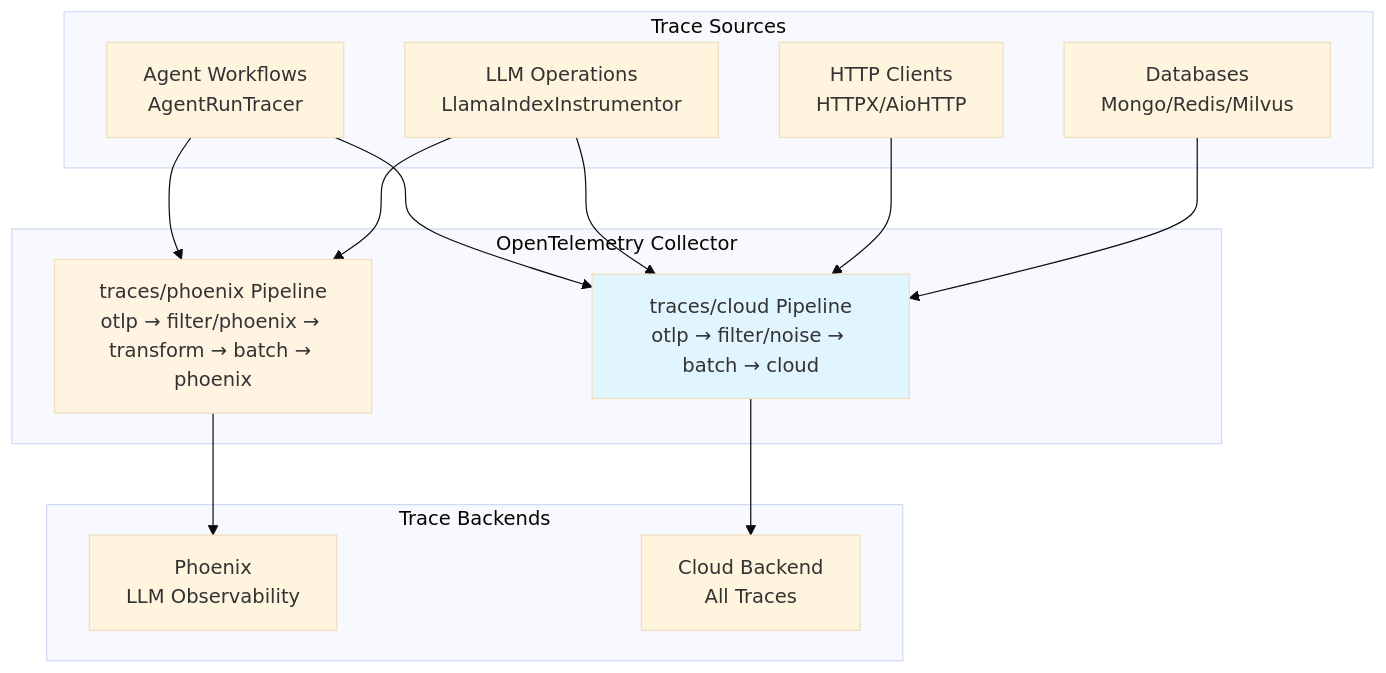
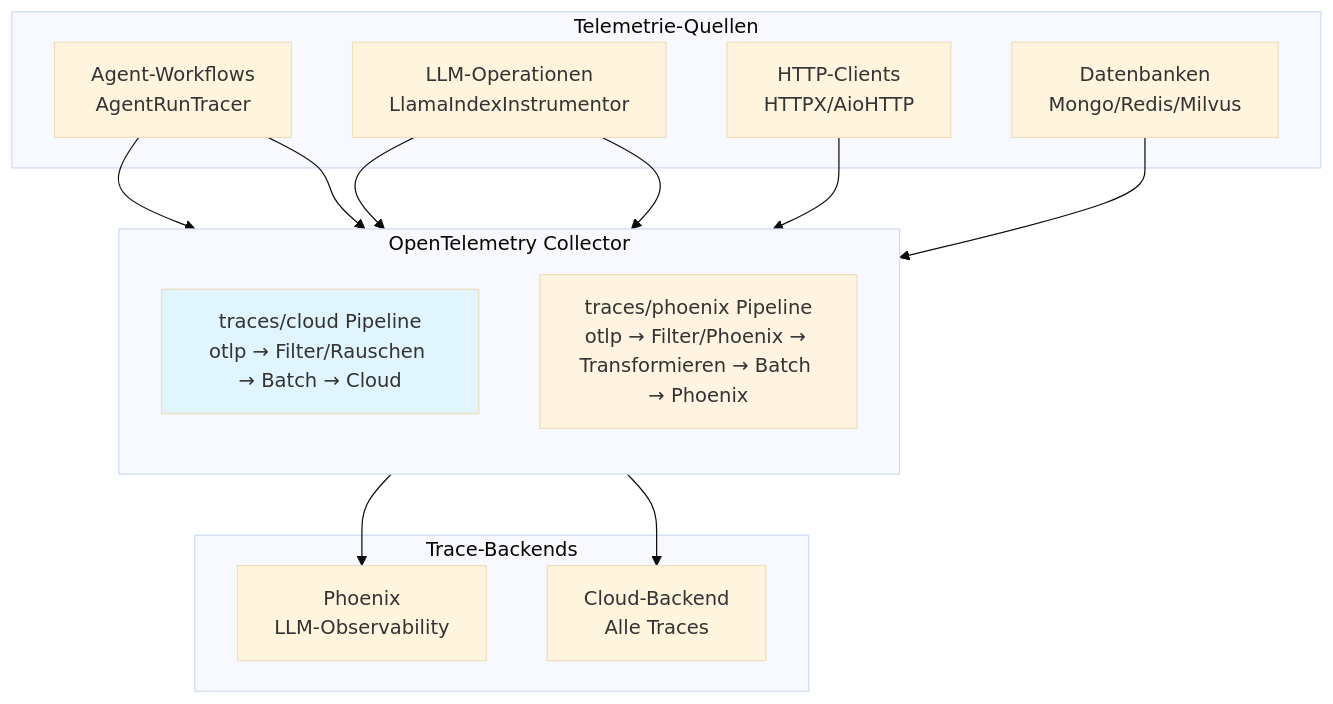
Before and after one commit to bbvch-ai/aihub-core: the first of 2 diagrams in aihub_doc/docs/2_platform/12_auditing/2_low_level_traces/index.de.md, drawn with Mermaid (base theme). The commit also changed other lines of this file and 65 other files, not shown here.

````diff
--- a/aihub_doc/docs/2_platform/12_auditing/2_low_level_traces/index.de.md
+++ b/aihub_doc/docs/2_platform/12_auditing/2_low_level_traces/index.de.md
@@ -165,32 +165,33 @@
 ```mermaid
 graph TB
-    subgraph Sources["Trace Sources"]
-        Agents[Agent Workflows<br/>AgentRunTracer]
-        LLM[LLM Operations<br/>LlamaIndexInstrumentor]
-        HTTP[HTTP Clients<br/>HTTPX/AioHTTP]
-        DBs[Databases<br/>Mongo/Redis/Milvus]
+    subgraph Sources["Telemetrie-Quellen"]
+        Agents[Agent-Workflows<br/>AgentRunTracer]
+        LLM[LLM-Operationen<br/>LlamaIndexInstrumentor]
+        HTTP[HTTP-Clients<br/>HTTPX/AioHTTP]
+        DBs[Datenbanken<br/>Mongo/Redis/Milvus]
     end
 
     subgraph Collector["OpenTelemetry Collector"]
-        CloudPipeline[traces/cloud Pipeline<br/>otlp → filter/noise → batch → cloud]
-        PhoenixPipeline[traces/phoenix Pipeline<br/>otlp → filter/phoenix → transform → batch → phoenix]
+        direction TB
+        CloudPipeline[traces/cloud Pipeline<br/>otlp → Filter/Rauschen → Batch → Cloud]
+        PhoenixPipeline[traces/phoenix Pipeline<br/>otlp → Filter/Phoenix → Transformieren → Batch → Phoenix]
     end
 
-    subgraph Backends["Trace Backends"]
-        Phoenix[Phoenix<br/>LLM Observability]
-        Cloud[Cloud Backend<br/>All Traces]
+    subgraph Backends["Trace-Backends"]
+        Phoenix[Phoenix<br/>LLM-Observability]
+        Cloud[Cloud-Backend<br/>Alle Traces]
     end
 
     Agents --> CloudPipeline
     Agents --> PhoenixPipeline
     LLM --> CloudPipeline
     LLM --> PhoenixPipeline
     HTTP --> CloudPipeline
     DBs --> CloudPipeline
 
     CloudPipeline --> Cloud
     PhoenixPipeline --> Phoenix
 
     style CloudPipeline fill:#e1f5ff
     style PhoenixPipeline fill:#fff4e1
 ```
````
